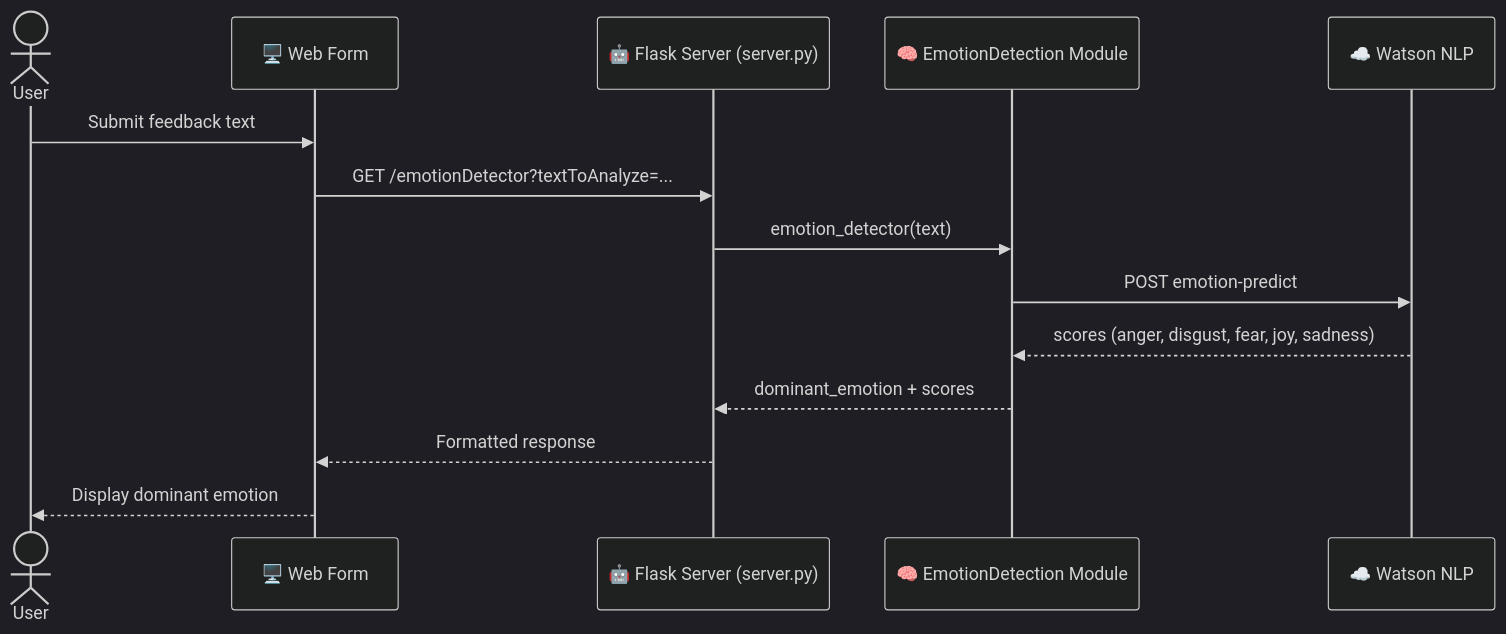
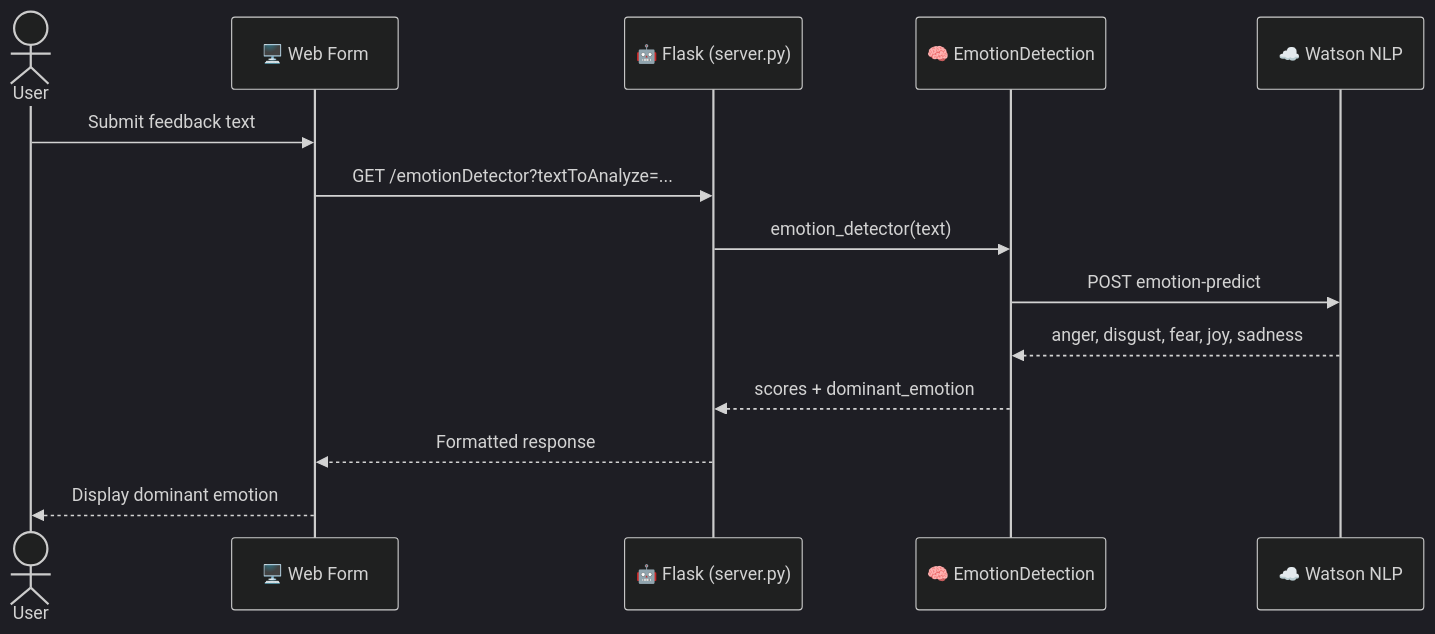
The seventh of 10 diagrams in README.md (Talha-Yaseen-Hub/FP-IBM-DFEAR), drawn with Mermaid (dark theme) before and after one commit. The commit also changed other lines of this file, not shown here.

````diff
--- a/README.md
+++ b/README.md
@@ -390,17 +292,17 @@
 ```mermaid
 sequenceDiagram
     actor User
     participant UI as 🖥️ Web Form
-    participant API as 🤖 Flask Server (server.py)
-    participant ED as 🧠 EmotionDetection Module
+    participant API as 🤖 Flask (server.py)
+    participant ED as 🧠 EmotionDetection
     participant W as ☁️ Watson NLP
 
     User->>UI: Submit feedback text
     UI->>API: GET /emotionDetector?textToAnalyze=...
     API->>ED: emotion_detector(text)
     ED->>W: POST emotion-predict
-    W-->>ED: scores (anger, disgust, fear, joy, sadness)
-    ED-->>API: dominant_emotion + scores
+    W-->>ED: anger, disgust, fear, joy, sadness
+    ED-->>API: scores + dominant_emotion
     API-->>UI: Formatted response
     UI-->>User: Display dominant emotion
 ```
````
